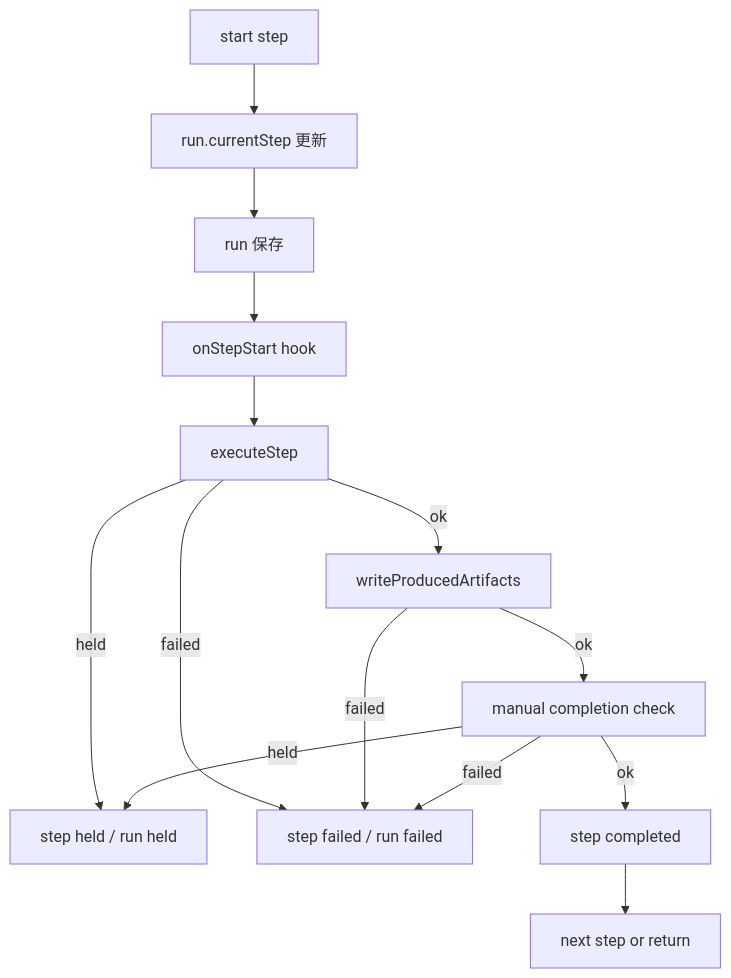
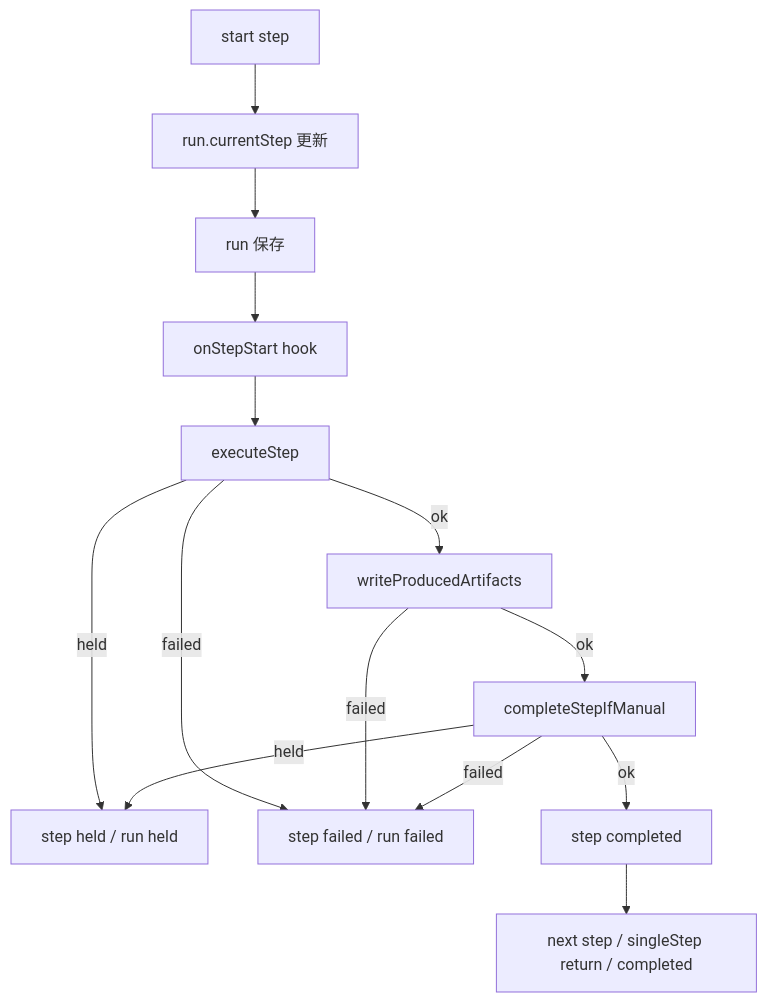
Before and after one commit to katamor1/bob_builtin_analyze: the second of 2 diagrams in extensions/workflow-register/docs/detailed-design-ja.md, drawn with Mermaid. The commit also changed other lines of this file, not shown here.

````diff
--- a/extensions/workflow-register/docs/detailed-design-ja.md
+++ b/extensions/workflow-register/docs/detailed-design-ja.md
@@ -308,16 +366,16 @@
 ```mermaid
 flowchart TD
   A[start step] --> B[run.currentStep 更新]
   B --> C[run 保存]
   C --> D[onStepStart hook]
   D --> E[executeStep]
   E -->|ok| F[writeProducedArtifacts]
   E -->|held| H[step held / run held]
   E -->|failed| X[step failed / run failed]
-  F -->|ok| G[manual completion check]
+  F -->|ok| G[completeStepIfManual]
   F -->|failed| X
   G -->|ok| I[step completed]
   G -->|held| H
   G -->|failed| X
-  I --> J[next step or return]
+  I --> J[next step / singleStep return / completed]
 ```
````
